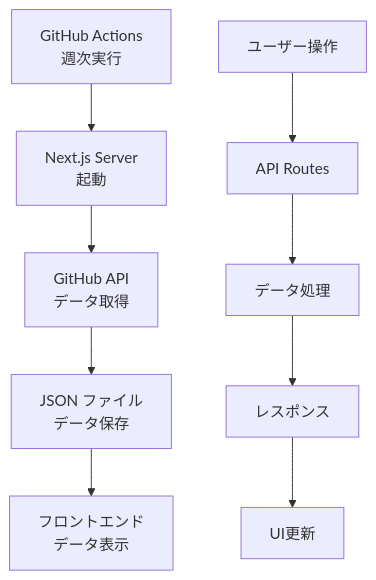
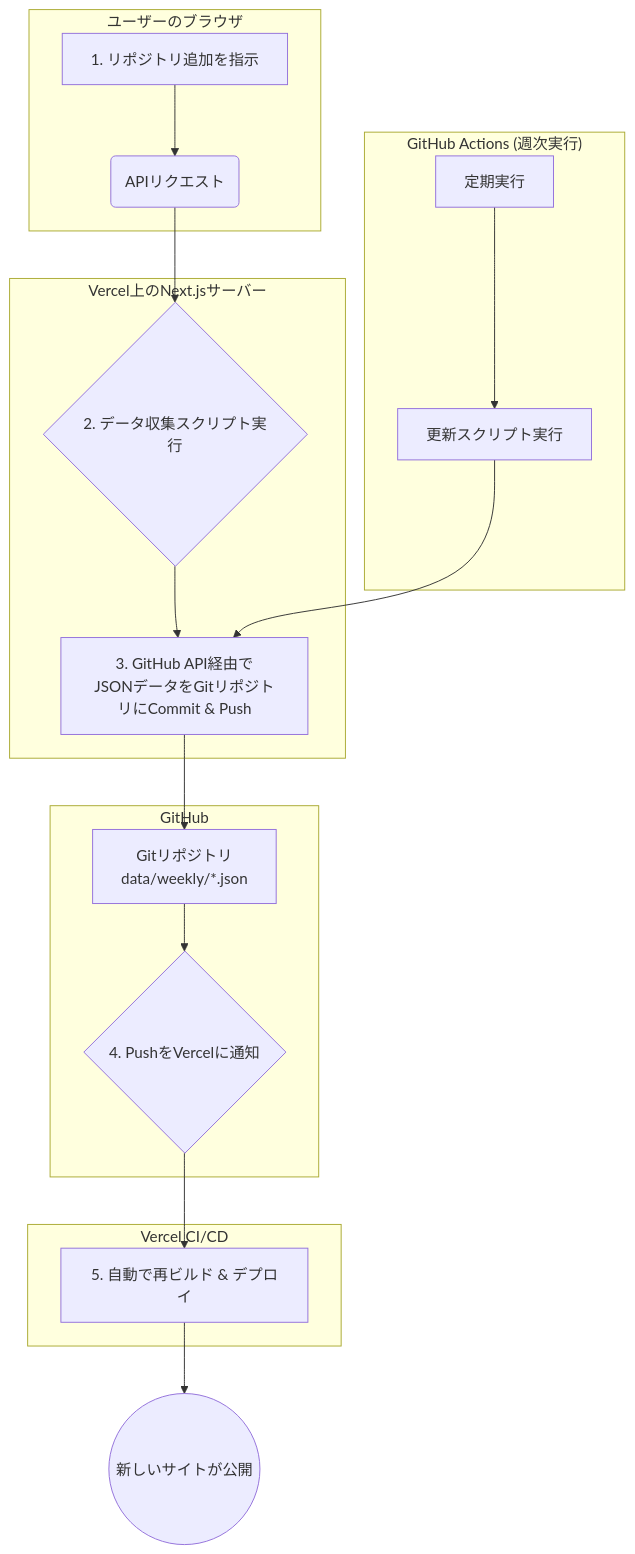
Before and after one commit to Hide-nu/pr-analytics: the diagram in README.md, drawn with Mermaid. The commit also changed other lines of this file and 26 other files, not shown here.

````diff
--- a/README.md
+++ b/README.md
@@ -202,12 +78,27 @@
 ```mermaid
-graph TB
-    A[GitHub Actions<br/>週次実行] --> B[Next.js Server<br/>起動]
-    B --> C[GitHub API<br/>データ取得]
-    C --> D[JSON ファイル<br/>データ保存]
-    D --> E[フロントエンド<br/>データ表示]
+graph TD
+    subgraph "ユーザーのブラウザ"
+        A[1. リポジトリ追加を指示] --> B(APIリクエスト)
+    end
 
-    F[ユーザー操作] --> G[API Routes]
-    G --> H[データ処理]
-    H --> I[レスポンス]
-    I --> J[UI更新]
+    subgraph "Vercel上のNext.jsサーバー"
+        B --> C{2. データ収集スクリプト実行}
+        C --> D[3. GitHub API経由で<br>JSONデータをGitリポジトリにCommit & Push]
+    end
+
+    subgraph "GitHub"
+        D --> E[Gitリポジトリ<br>data/weekly/*.json]
+        E --> F{4. PushをVercelに通知}
+    end
+
+    subgraph "Vercel CI/CD"
+        F --> G[5. 自動で再ビルド & デプロイ]
+    end
+
+    G --> H((新しいサイトが公開))
+
+    subgraph "GitHub Actions (週次実行)"
+        I[定期実行] --> J[更新スクリプト実行]
+        J --> D
+    end
 ```
````
